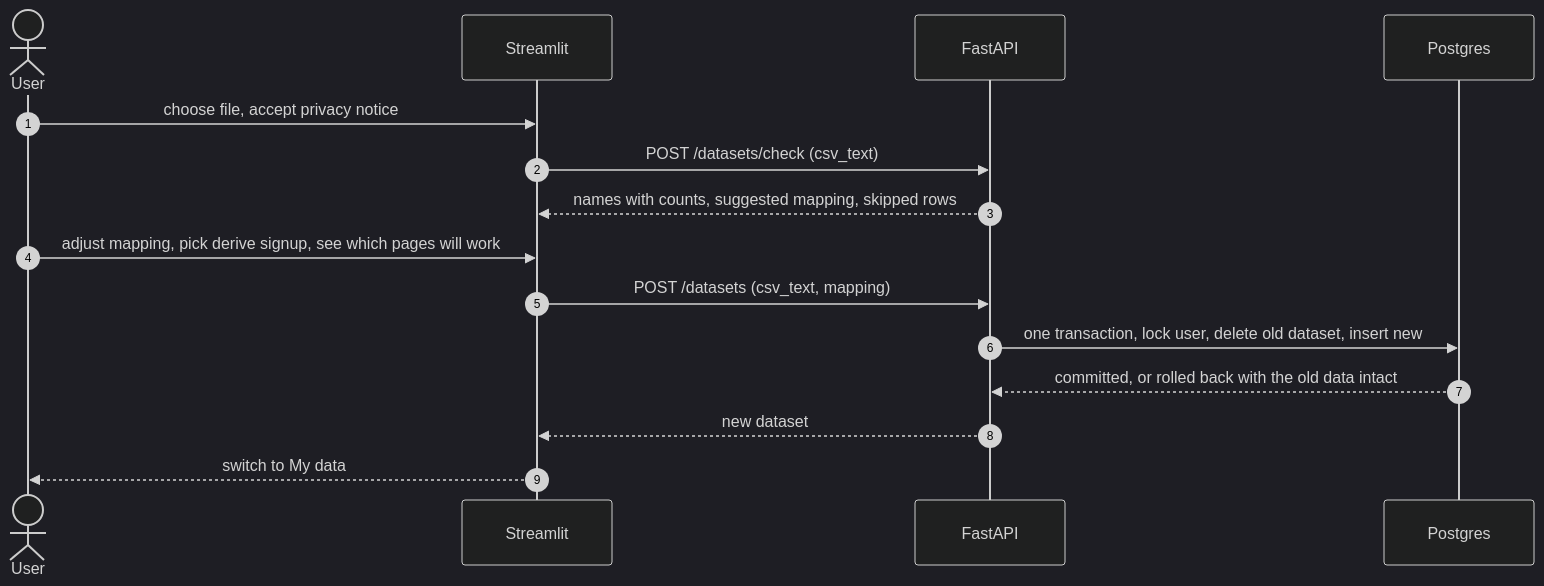
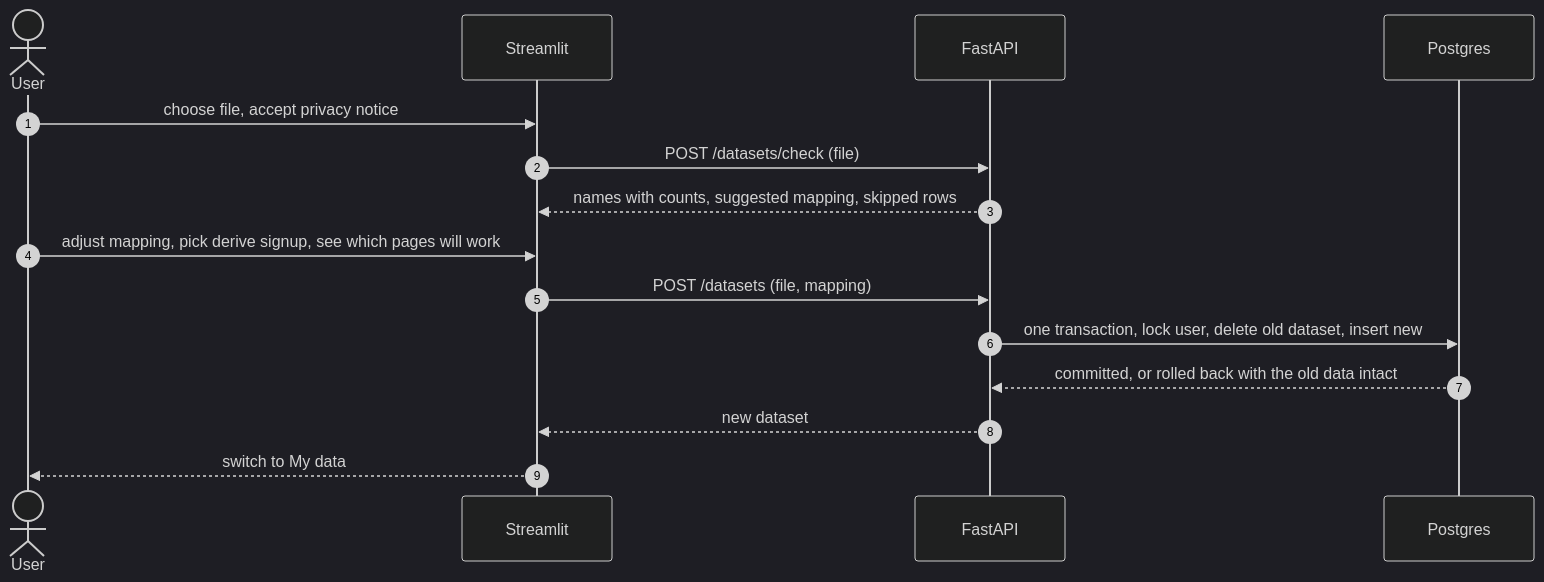
Before and after one commit to yashdiwan12/Churnscope: the diagram in docs/superpowers/specs/2026-11-01-phase6b-uploads-design.md, drawn with Mermaid (dark theme). The commit also changed other lines of this file, not shown here.

````diff
--- a/docs/superpowers/specs/2026-11-01-phase6b-uploads-design.md
+++ b/docs/superpowers/specs/2026-11-01-phase6b-uploads-design.md
@@ -62,17 +66,17 @@
 ```mermaid
 sequenceDiagram
     autonumber
     actor U as User
     participant UI as Streamlit
     participant API as FastAPI
     participant DB as Postgres
     U->>UI: choose file, accept privacy notice
-    UI->>API: POST /datasets/check (csv_text)
+    UI->>API: POST /datasets/check (file)
     API-->>UI: names with counts, suggested mapping, skipped rows
     U->>UI: adjust mapping, pick derive signup, see which pages will work
-    UI->>API: POST /datasets (csv_text, mapping)
+    UI->>API: POST /datasets (file, mapping)
     API->>DB: one transaction, lock user, delete old dataset, insert new
     DB-->>API: committed, or rolled back with the old data intact
     API-->>UI: new dataset
     UI-->>U: switch to My data
 ```
````
